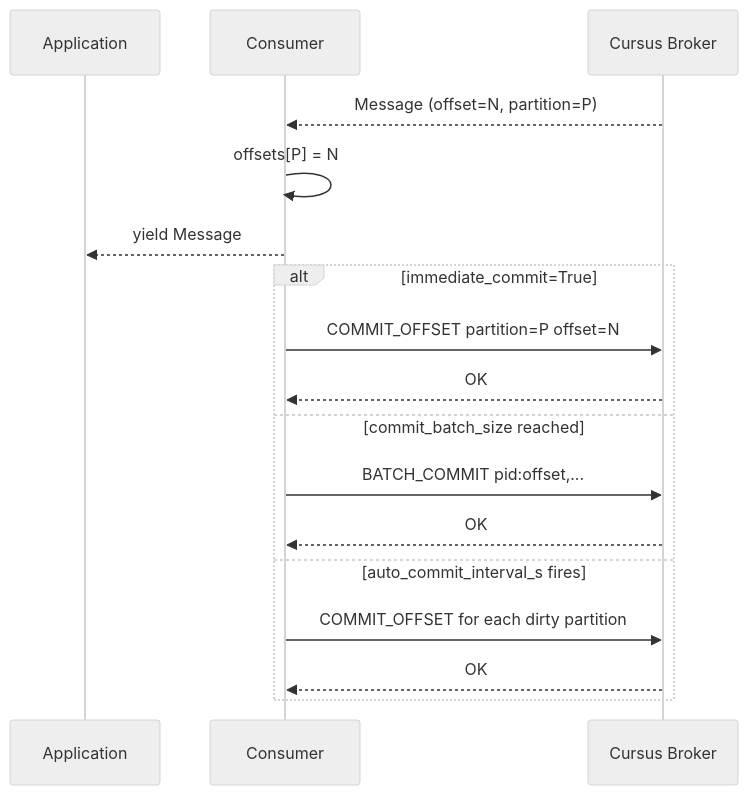
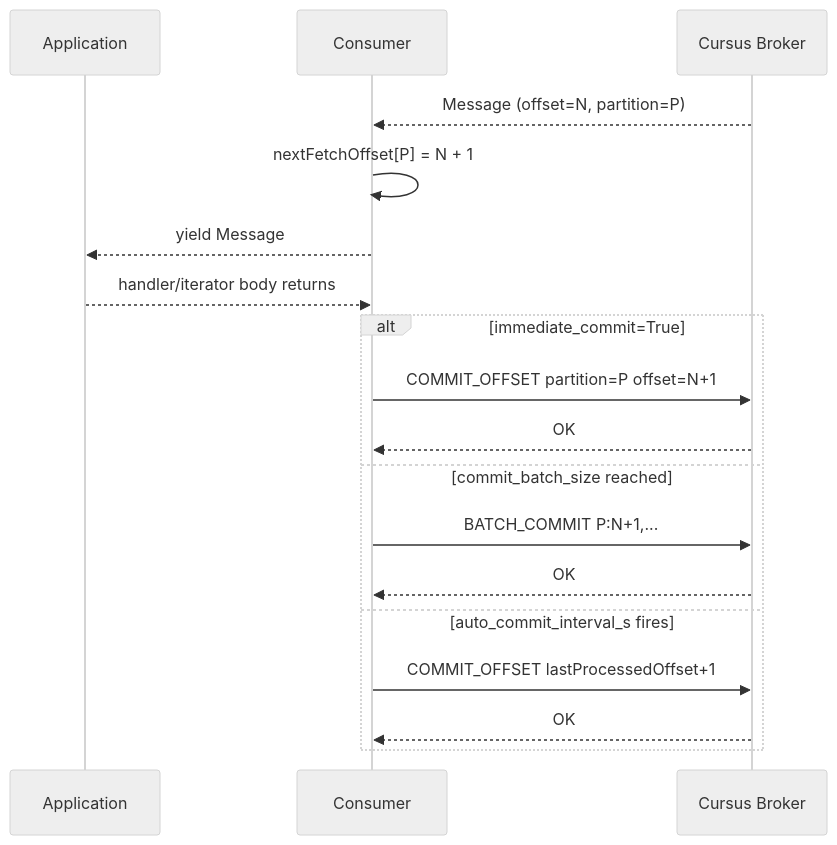
The third of 3 diagrams in docs/consumer-guide.md (cursus-io/cursus-python), drawn with Mermaid (neutral theme) before and after one commit. The commit also changed other lines of this file and 10 other files, not shown here.

Commit message:
fix: support broker-managed offset resets

````diff
--- a/docs/consumer-guide.md
+++ b/docs/consumer-guide.md
@@ -98,21 +102,22 @@
 ```mermaid
 sequenceDiagram
     participant App as Application
     participant C as Consumer
     participant Broker as Cursus Broker
 
     Broker-->>C: Message (offset=N, partition=P)
-    C->>C: offsets[P] = N
+    C->>C: nextFetchOffset[P] = N + 1
     C-->>App: yield Message
+    App-->>C: handler/iterator body returns
 
     alt immediate_commit=True
-        C->>Broker: COMMIT_OFFSET partition=P offset=N
+        C->>Broker: COMMIT_OFFSET partition=P offset=N+1
         Broker-->>C: OK
     else commit_batch_size reached
-        C->>Broker: BATCH_COMMIT pid:offset,...
+        C->>Broker: BATCH_COMMIT P:N+1,...
         Broker-->>C: OK
     else auto_commit_interval_s fires
-        C->>Broker: COMMIT_OFFSET for each dirty partition
+        C->>Broker: COMMIT_OFFSET lastProcessedOffset+1
         Broker-->>C: OK
     end
 ```
````
